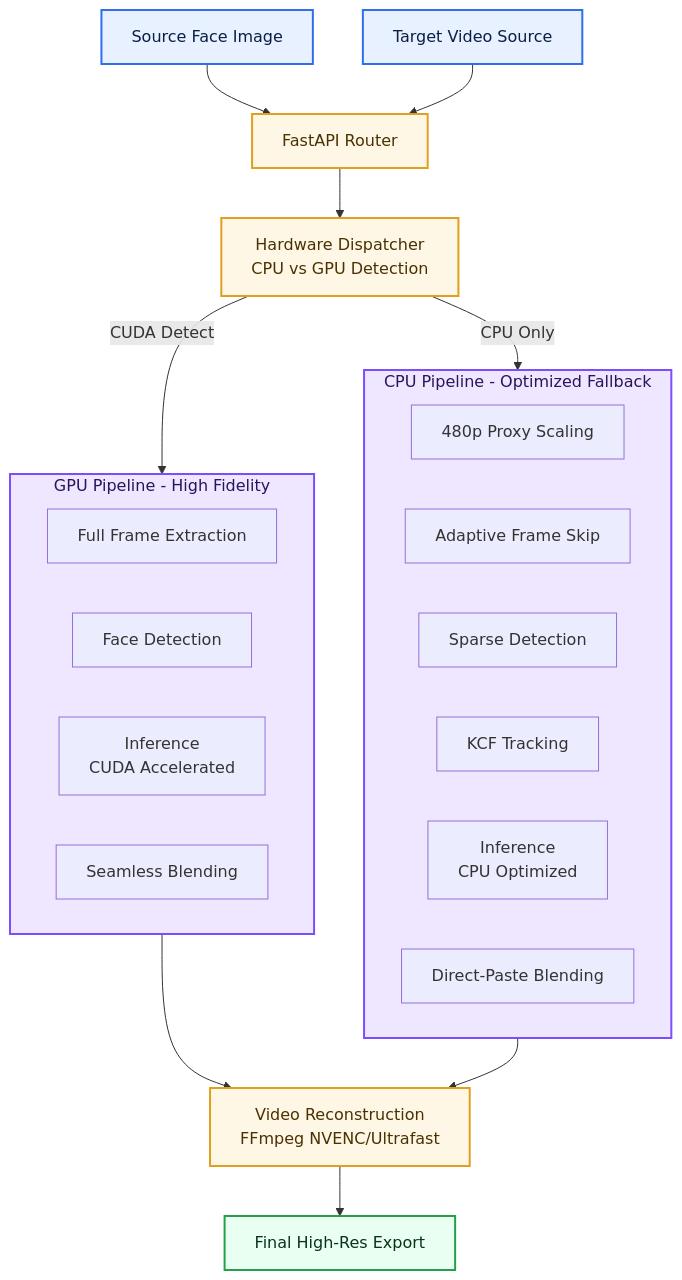
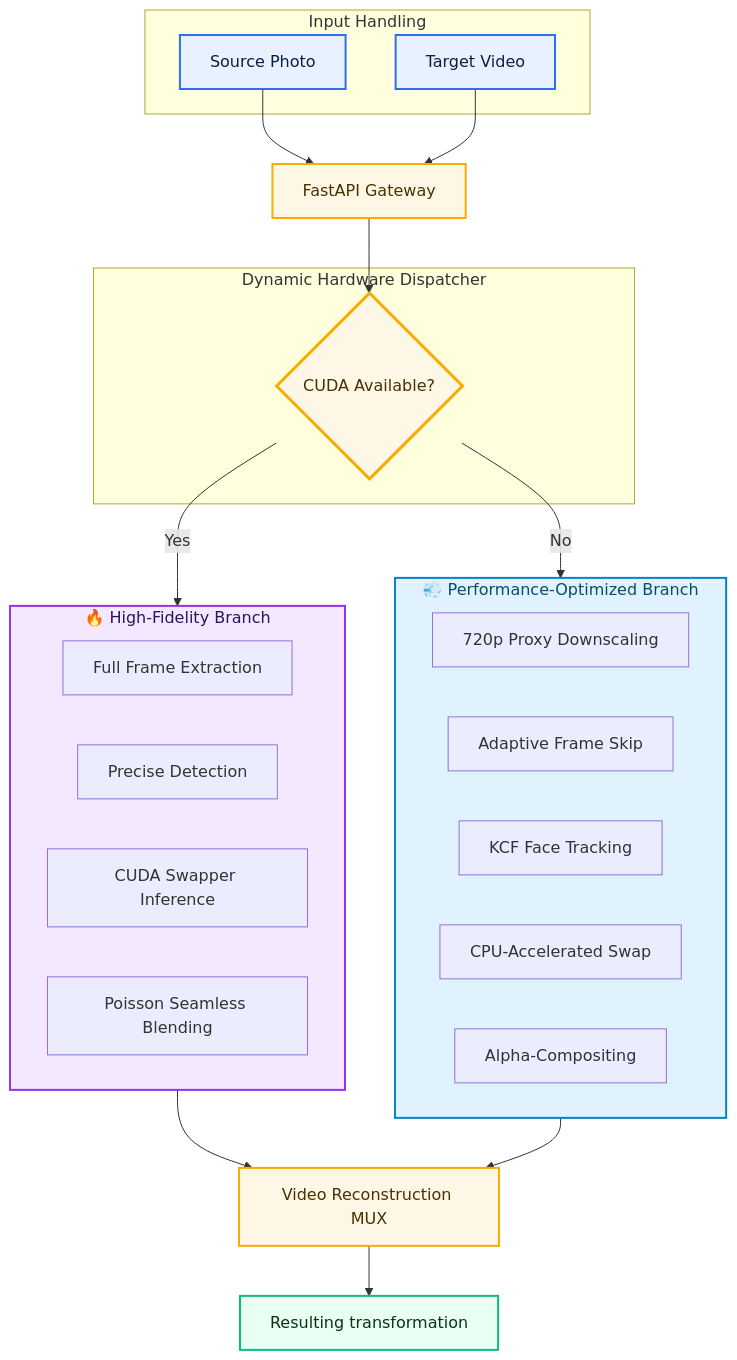
The second of 2 diagrams in README.md (himanshu-jadhav108/PersonaForge-AI), drawn with Mermaid before and after one commit. The commit also changed other lines of this file and 4 other files, not shown here.

Commit message:
feat: add new image assets for enhanced transformation showcase and user experience

````diff
--- a/README.md
+++ b/README.md
@@ -64,45 +69,48 @@
 ```mermaid
 flowchart TD
-    U1[Source Face Image]
-    U2[Target Video Source]
-    API[FastAPI Router]
-    DET[Hardware Dispatcher<br/>CPU vs GPU Detection]
-    
-    subgraph GPU_Path [GPU Pipeline - High Fidelity]
+    subgraph Input_Layer [Input Handling]
+        U1[Source Photo]
+        U2[Target Video]
+    end
+
+    API[FastAPI Gateway]
+
+    subgraph Dispatcher [Dynamic Hardware Dispatcher]
+        HW_DET{CUDA Available?}
+    end
+
+    subgraph GPU_Pipeline [🔥 High-Fidelity Branch]
         FE_G[Full Frame Extraction]
-        FD_G[Face Detection]
-        SW_G[Inference<br/>CUDA Accelerated]
-        BL_G[Seamless Blending]
+        FD_G[Precise Detection]
+        SW_G[CUDA Swapper Inference]
+        BL_G[Poisson Seamless Blending]
     end
-    
-    subgraph CPU_Path [CPU Pipeline - Optimized Fallback]
-        RS_C[480p Proxy Scaling]
+
+    subgraph CPU_Pipeline [💨 Performance-Optimized Branch]
+        RS_C[720p Proxy Downscaling]
         SK_C[Adaptive Frame Skip]
-        FD_C[Sparse Detection]
-        TR_C[KCF Tracking]
-        SW_C[Inference<br/>CPU Optimized]
-        BL_C[Direct-Paste Blending]
+        TR_C[KCF Face Tracking]
+        SW_C[CPU-Accelerated Swap]
+        BL_C[Alpha-Compositing]
     end
-    
-    ENC[Video Reconstruction<br/>FFmpeg NVENC/Ultrafast]
-    OUT[Final High-Res Export]
 
-    U1 --> API
-    U2 --> API
-    API --> DET
-    DET -- "CUDA Detect" --> GPU_Path
-    DET -- "CPU Only" --> CPU_Path
-    GPU_Path --> ENC
-    CPU_Path --> ENC
+    ENC[Video Reconstruction MUX]
+    OUT[Resulting transformation]
+
+    U1 & U2 --> API
+    API --> HW_DET
+    HW_DET -- "Yes" --> GPU_Pipeline
+    HW_DET -- "No"  --> CPU_Pipeline
+    GPU_Pipeline & CPU_Pipeline --> ENC
     ENC --> OUT
 
-    classDef input fill:#E8F1FF,stroke:#2F6FED,stroke-width:2px,color:#0B1F44;
-    classDef process fill:#FFF7E6,stroke:#E09F1F,stroke-width:2px,color:#4A3200;
-    classDef ai fill:#EFE7FF,stroke:#7C4DFF,stroke-width:2px,color:#2B145C;
-    classDef output fill:#E9FFF2,stroke:#24A148,stroke-width:2px,color:#0A3318;
-
-    class U1,U2 input;
-    class API,DET,ENC process;
-    class GPU_Path,CPU_Path ai;
-    class OUT output;
+    %% Design Styling
+    style U1 fill:#E8F1FF,stroke:#2F6FED,stroke-width:2px,color:#0B1F44
+    style U2 fill:#E8F1FF,stroke:#2F6FED,stroke-width:2px,color:#0B1F44
+    style API fill:#FFF7E6,stroke:#F9AB00,stroke-width:2px,color:#4A3200
+    style HW_DET fill:#FFF7E6,stroke:#F9AB00,stroke-width:3px,color:#4A3200
+    style ENC fill:#FFF7E6,stroke:#F9AB00,stroke-width:2px,color:#4A3200
+    style GPU_Pipeline fill:#F3E8FF,stroke:#9333EA,stroke-width:2px,color:#2B145C
+    style CPU_Pipeline fill:#E0F2FE,stroke:#0284C7,stroke-width:2px,color:#074D70
+    style OUT fill:#E9FFF2,stroke:#10B981,stroke-width:2px,color:#0A3318
 ```
````
